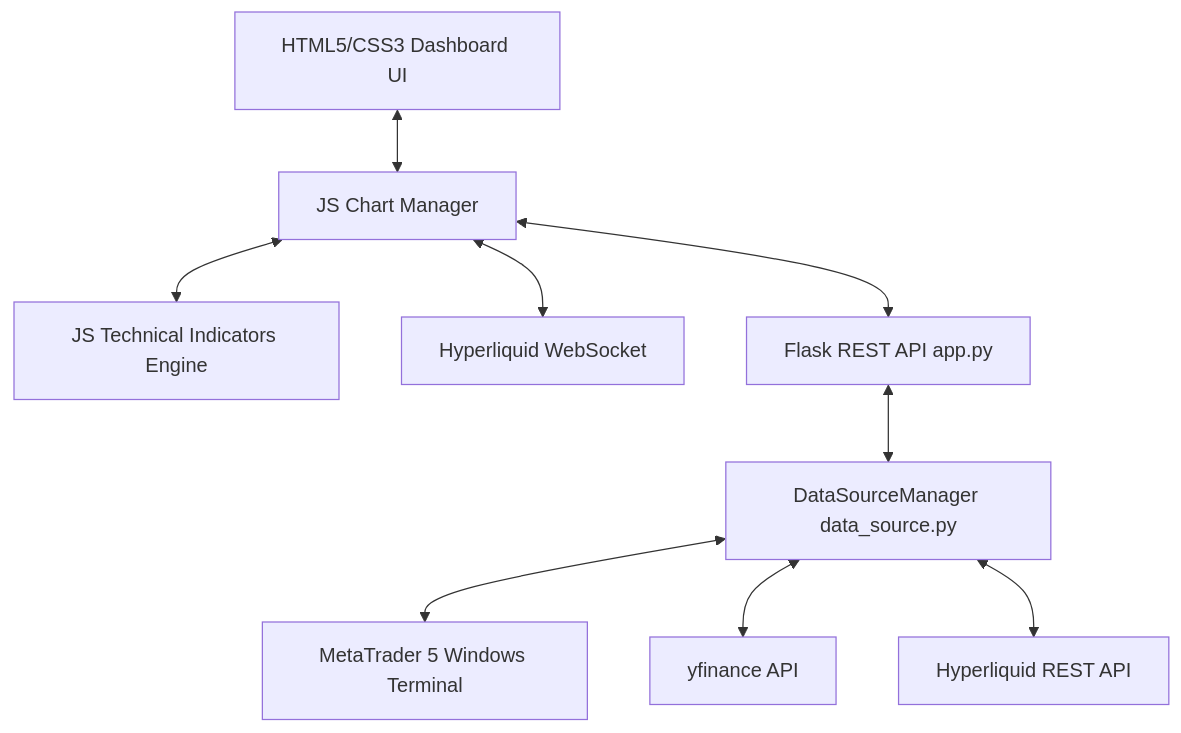
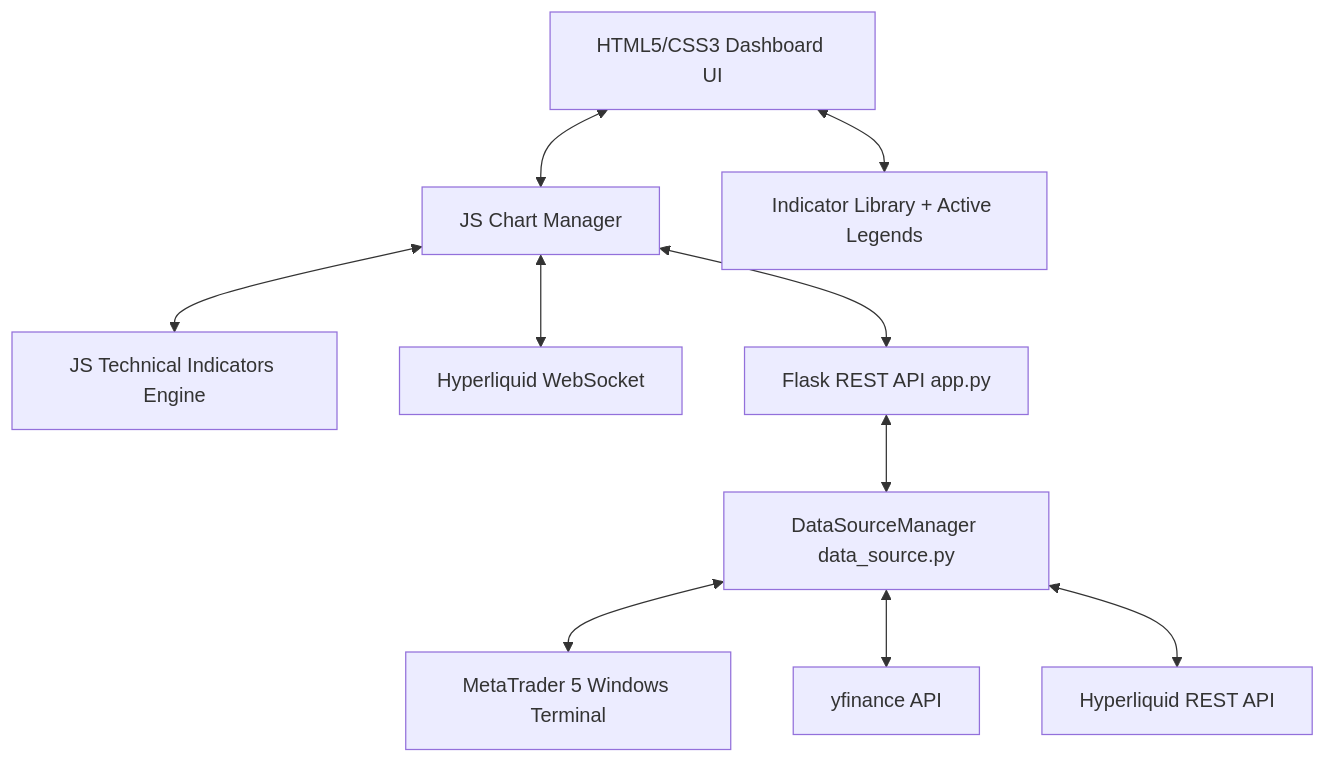
Before and after one commit to ramakrishnamekala129/TV_MT5_BOT: the first of 2 diagrams in docs/ARCHITECTURE.md, drawn with Mermaid. The commit also changed other lines of this file and 10 other files, not shown here.

````diff
--- a/docs/ARCHITECTURE.md
+++ b/docs/ARCHITECTURE.md
@@ -11,11 +11,12 @@
 ```mermaid
 graph TD
     UI[HTML5/CSS3 Dashboard UI] <--> CM[JS Chart Manager]
+    UI <--> IL[Indicator Library + Active Legends]
     CM <--> IE[JS Technical Indicators Engine]
     CM <--> WS[Hyperliquid WebSocket]
     CM <--> API[Flask REST API app.py]
     API <--> DSM[DataSourceManager data_source.py]
     DSM <--> MT5[MetaTrader 5 Windows Terminal]
     DSM <--> YF[yfinance API]
     DSM <--> HL[Hyperliquid REST API]
 ```
````
